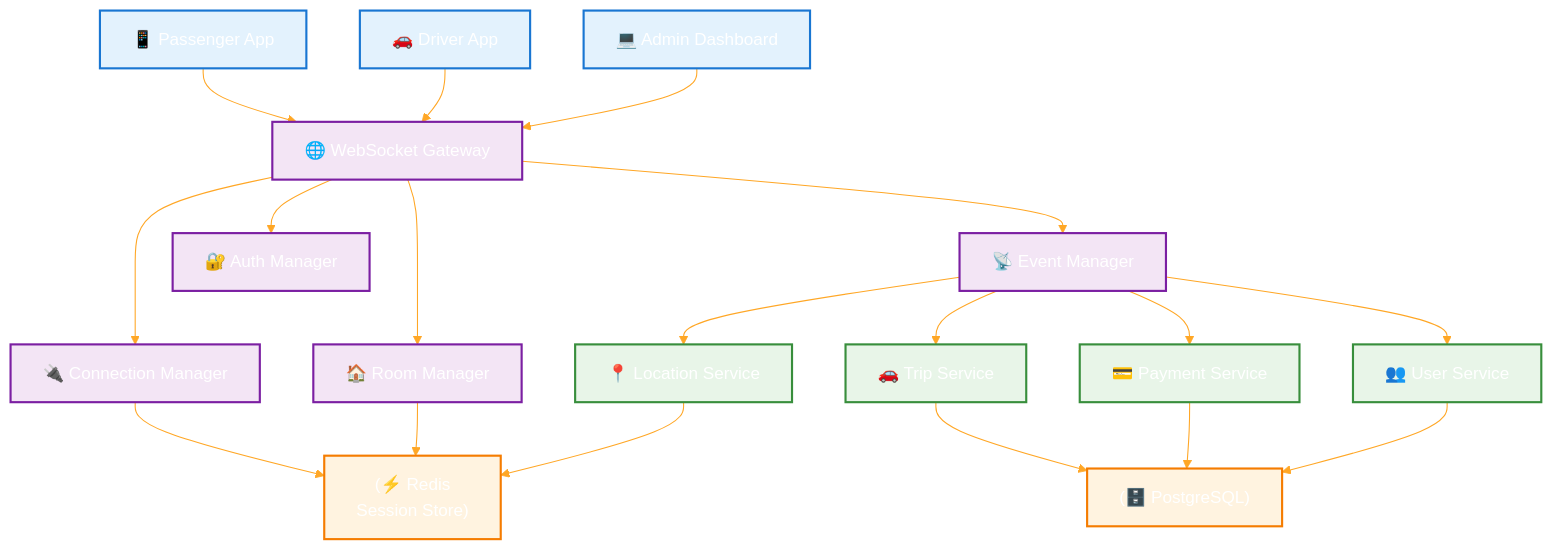
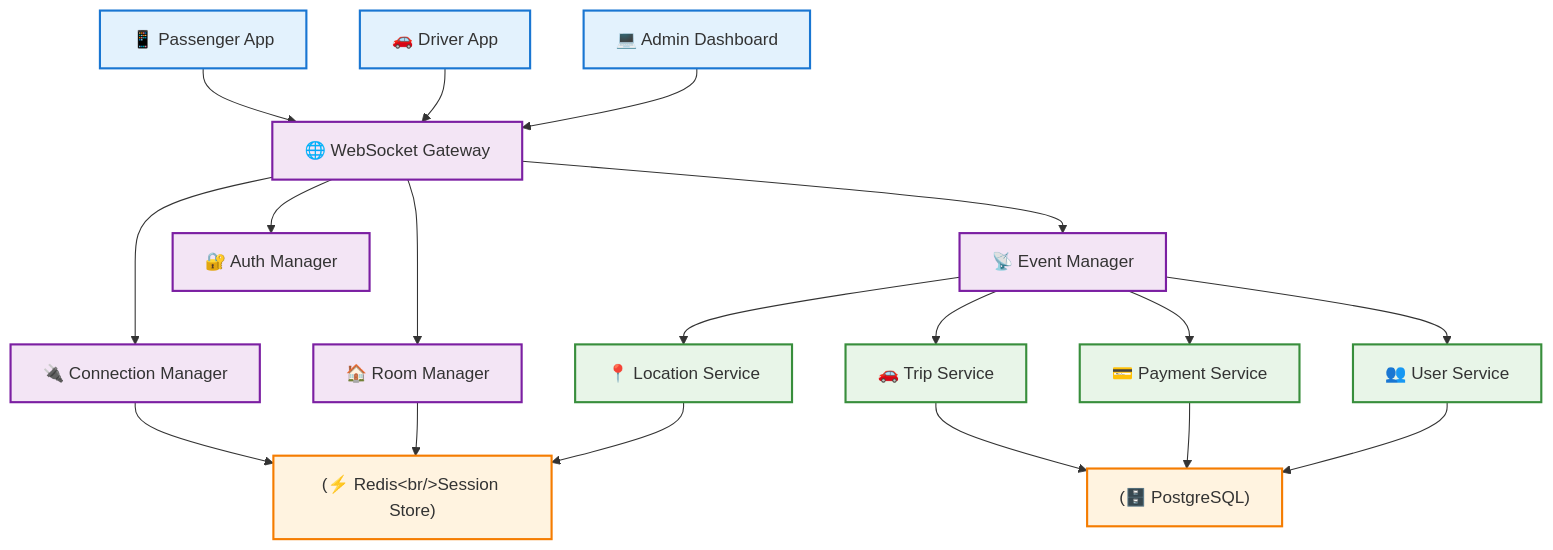
The first of 5 diagrams in docs/architecture/websocket-events.md (abdoElHodaky/transportapp), drawn with Mermaid before and after one commit. The commit also changed other lines of this file and 10 other files, not shown here.

````diff
--- a/docs/architecture/websocket-events.md
+++ b/docs/architecture/websocket-events.md
@@ -29,40 +29,45 @@
 ```mermaid
-%%{init: {'theme':'base', 'themeVariables': {'primaryColor':'#ff6b6b','primaryTextColor':'#fff','primaryBorderColor':'#ff6b6b','lineColor':'#ffa726','sectionBkgColor':'#ff6b6b','altSectionBkgColor':'#fff','gridColor':'#fff','secondaryColor':'#006100','tertiaryColor':'#fff'}}}%%
+%% {init : {'theme':'base', 'themeVariables': {'primaryColor':'#ff6b6b', 'primaryTextColor':'#fff','primaryBorderColor':'#ff6b6b','lineColor':'#ffa726','sectionBkgColor':'#ff6b6b','altSectionBkgColor':'#fff','gridColor':'#fff','secondaryColor':'#006100','tertiaryColor':'#fff'}}}%% 
 graph TB
-    %% Client Applications
+    %%  Client Applications
     PA["📱 Passenger App"] --> WS["🌐 WebSocket Gateway"]
     DA["🚗 Driver App"] --> WS
     AD["💻 Admin Dashboard"] --> WS
     
-    %% WebSocket Gateway Components
+    %%  WebSocket Gateway Components
     WS --> CM["🔌 Connection Manager"]
     WS --> RM["🏠 Room Manager"]
     WS --> EM["📡 Event Manager"]
     WS --> AM["🔐 Auth Manager"]
     
-    %% Backend Services
+    %%  Backend Services
     EM --> TS["🚗 Trip Service"]
     EM --> LS["📍 Location Service"]
     EM --> PS["💳 Payment Service"]
     EM --> US["👥 User Service"]
     
-    %% Data Storage
-    CM --> REDIS["(⚡ Redis<br/>Session Store)"]
+    %%  Data Storage
+    CM --> REDIS["(⚡ Redis&lt;br/&gt;Session Store)"]
     RM --> REDIS
     LS --> REDIS
     
-    %% Database
+    %%  Database
     TS --> DB["(🗄️ PostgreSQL)"]
     PS --> DB
     US --> DB
     
-    classDef client fill:#e3f2fd,stroke:#1976d2,stroke-width:2px;
-    classDef gateway fill:#f3e5f5,stroke:#7b1fa2,stroke-width:2px;
-    classDef service fill:#e8f5e8,stroke:#388e3c,stroke-width:2px;
-    classDef storage fill:#fff3e0,stroke:#f57c00,stroke-width:2px;
+    classDef client fill : #e3f2fd, stroke:#1976d2, stroke-width: 2px;
+    
+    classDef gateway fill : #f3e5f5, stroke:#7b1fa2, stroke-width: 2px;
+    
+    classDef service fill : #e8f5e8, stroke:#388e3c, stroke-width: 2px;
+    
+    classDef storage fill : #fff3e0, stroke:#f57c00, stroke-width: 2px;
+    
     
     class PA,DA,AD client;
     class WS,CM,RM,EM,AM gateway;
     class TS,LS,PS,US service;
     class REDIS,DB storage;
+
 ```
````
